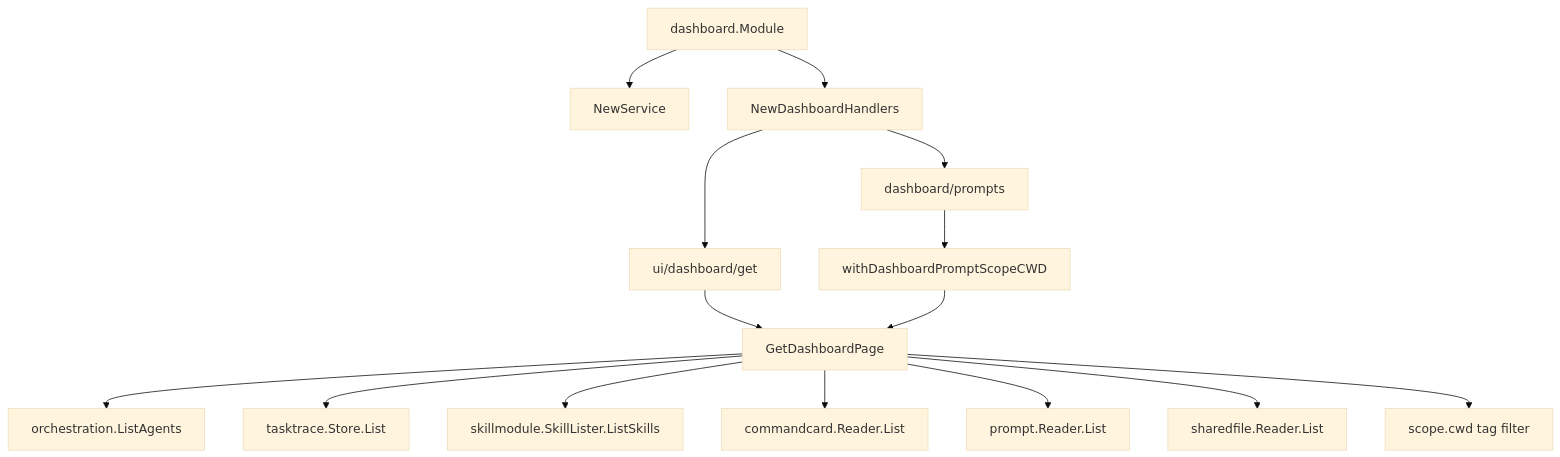
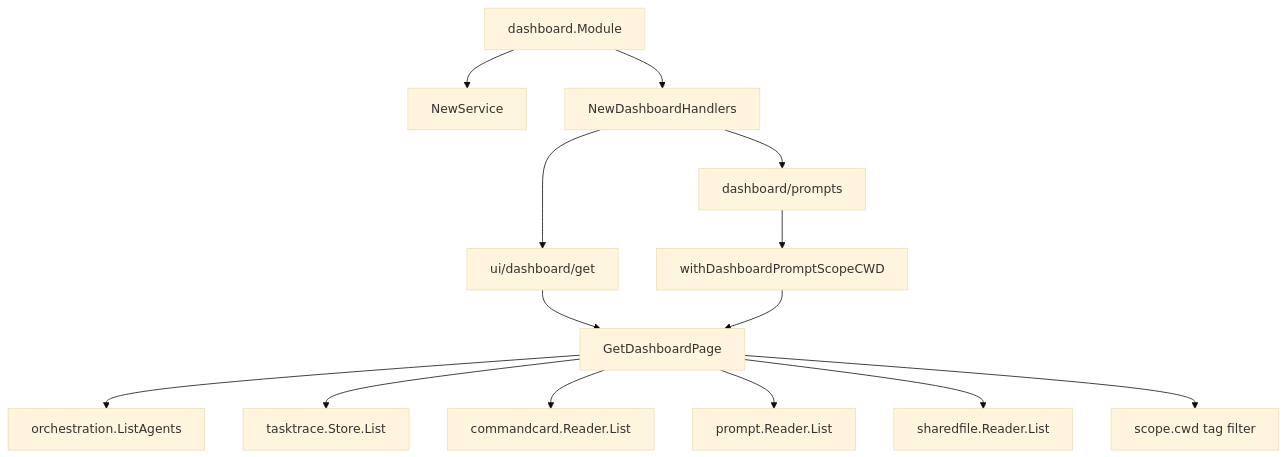
One commit to lihah111222333-cloud/Super-Dolphin-Agent-Cockpit changed the fifth of 5 diagrams in docs/doc/codemap/07-module-read.md. Above: the diagram before and after it, drawn with Mermaid (base theme). The commit also changed other lines of this file and 780 other files, not shown here.

````diff
--- a/docs/doc/codemap/07-module-read.md
+++ b/docs/doc/codemap/07-module-read.md
@@ -210,17 +196,16 @@
 ```mermaid
 flowchart TD
     DASHMOD[dashboard.Module] --> DASHSVC[NewService]
     DASHMOD --> DASHRPC[NewDashboardHandlers]
     DASHRPC --> UIPAGE[ui/dashboard/get]
     DASHRPC --> PROMPTSRPC[dashboard/prompts]
     UIPAGE --> PAGE[GetDashboardPage]
     PAGE --> AG[orchestration.ListAgents]
     PAGE --> TT[tasktrace.Store.List]
-    PAGE --> SK[skillmodule.SkillLister.ListSkills]
     PAGE --> CC[commandcard.Reader.List]
     PAGE --> PR[prompt.Reader.List]
     PAGE --> SF[sharedfile.Reader.List]
     PROMPTSRPC --> SCOPE[withDashboardPromptScopeCWD]
     SCOPE --> PAGE
     PAGE --> TAGFILT[scope.cwd tag filter]
 ```
````
